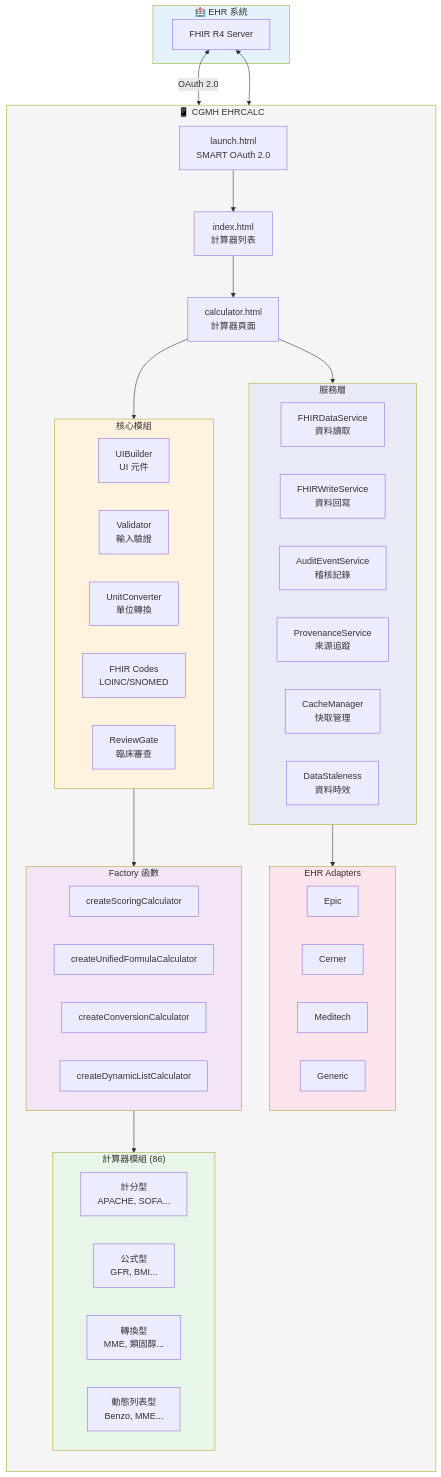
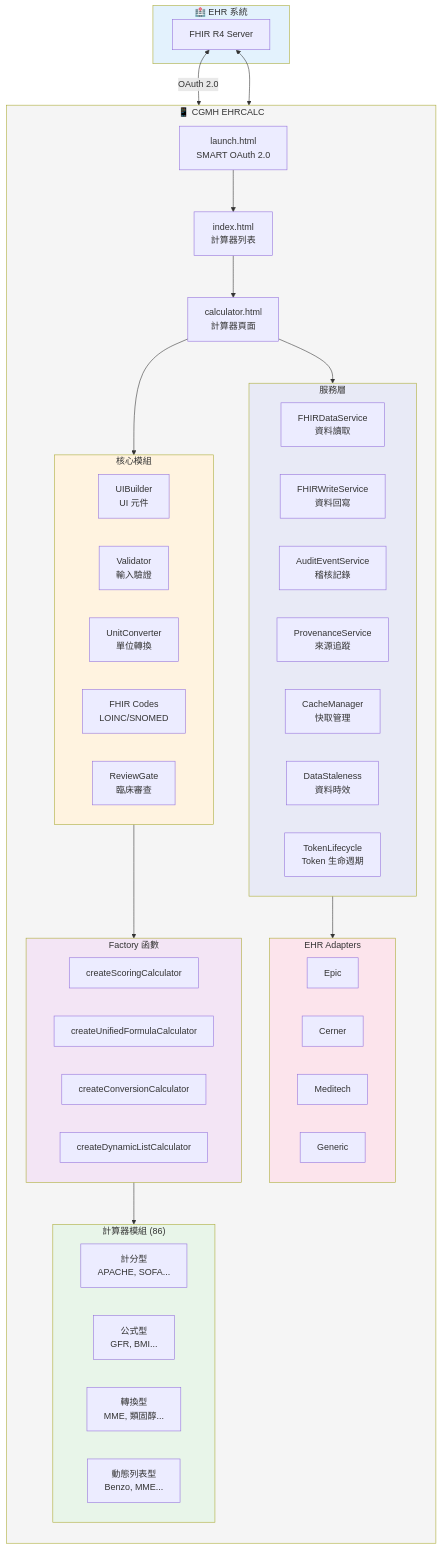
One commit to Lusnaker0730/MEDCALCEHR changed the first of 2 diagrams in README.md. Above: the diagram before and after it, drawn with Mermaid. The commit also changed other lines of this file and 18 other files, not shown here.

````diff
--- a/README.md
+++ b/README.md
@@ -227,69 +228,70 @@
 ```mermaid
 flowchart TB
     subgraph EHR["🏥 EHR 系統"]
         FHIR["FHIR R4 Server"]
     end
 
     subgraph App["📱 CGMH EHRCALC"]
         direction TB
         Launch["launch.html<br/>SMART OAuth 2.0"]
         Index["index.html<br/>計算器列表"]
         Calc["calculator.html<br/>計算器頁面"]
 
         subgraph Core["核心模組"]
             UIBuilder["UIBuilder<br/>UI 元件"]
             Validator["Validator<br/>輸入驗證"]
             UnitConv["UnitConverter<br/>單位轉換"]
             FHIRCodes["FHIR Codes<br/>LOINC/SNOMED"]
             ReviewGate["ReviewGate<br/>臨床審查"]
         end
 
         subgraph Services["服務層"]
             FHIRData["FHIRDataService<br/>資料讀取"]
             FHIRWrite["FHIRWriteService<br/>資料回寫"]
             AuditSvc["AuditEventService<br/>稽核記錄"]
             Provenance["ProvenanceService<br/>來源追蹤"]
             Cache["CacheManager<br/>快取管理"]
             Staleness["DataStaleness<br/>資料時效"]
+            TokenLM["TokenLifecycle<br/>Token 生命週期"]
         end
 
         subgraph Adapters["EHR Adapters"]
             Epic["Epic"]
             Cerner["Cerner"]
             Meditech["Meditech"]
             Generic["Generic"]
         end
 
         subgraph Calculators["計算器模組 (86)"]
             Scoring["計分型<br/>APACHE, SOFA..."]
             Formula["公式型<br/>GFR, BMI..."]
             Convert["轉換型<br/>MME, 類固醇..."]
             DynList["動態列表型<br/>Benzo, MME..."]
         end
 
         subgraph Factories["Factory 函數"]
             SF["createScoringCalculator"]
             FF["createUnifiedFormulaCalculator"]
             CF["createConversionCalculator"]
             DF["createDynamicListCalculator"]
         end
     end
 
     FHIR <-->|"OAuth 2.0"| Launch
     FHIR <--> Adapters
     Launch --> Index
     Index --> Calc
     Calc --> Core
     Calc --> Services
     Services --> Adapters
     Core --> Factories
     Factories --> Calculators
 
     style EHR fill:#e3f2fd
     style App fill:#f5f5f5
     style Core fill:#fff3e0
     style Services fill:#e8eaf6
     style Adapters fill:#fce4ec
     style Calculators fill:#e8f5e9
     style Factories fill:#f3e5f5
 ```
````
